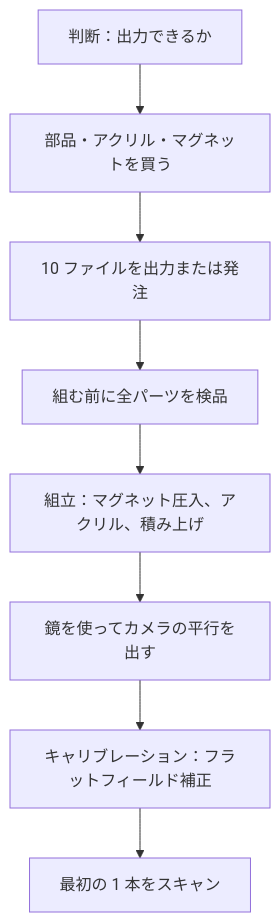
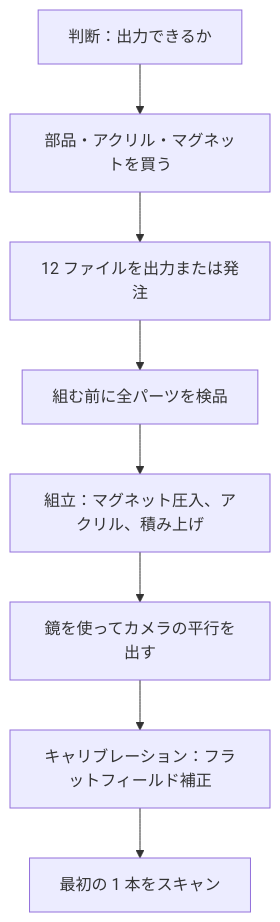
One commit to Neoanaloglab/Neobox changed the diagram in docs/getting-started.ja.md. Above: the diagram before and after it, drawn with Mermaid. The commit also changed other lines of this file and 44 other files, not shown here.

````diff
--- a/docs/getting-started.ja.md
+++ b/docs/getting-started.ja.md
@@ -99,10 +99,10 @@
 ```mermaid
 flowchart TD
     A[判断：出力できるか] --> B[部品・アクリル・マグネットを買う]
-    B --> C[10 ファイルを出力または発注]
+    B --> C[12 ファイルを出力または発注]
     C --> D[組む前に全パーツを検品]
     D --> E[組立：マグネット圧入、アクリル、積み上げ]
     E --> F[鏡を使ってカメラの平行を出す]
     F --> G[キャリブレーション：フラットフィールド補正]
     G --> H[最初の 1 本をスキャン]
 ```
````
